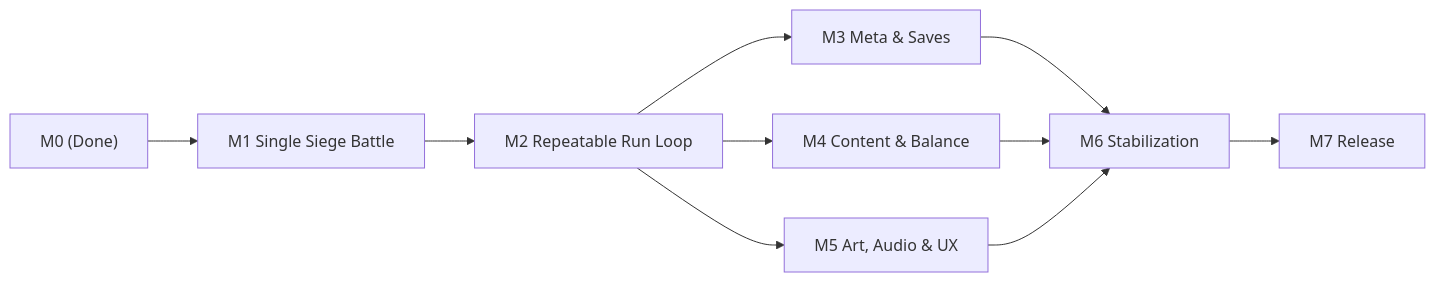
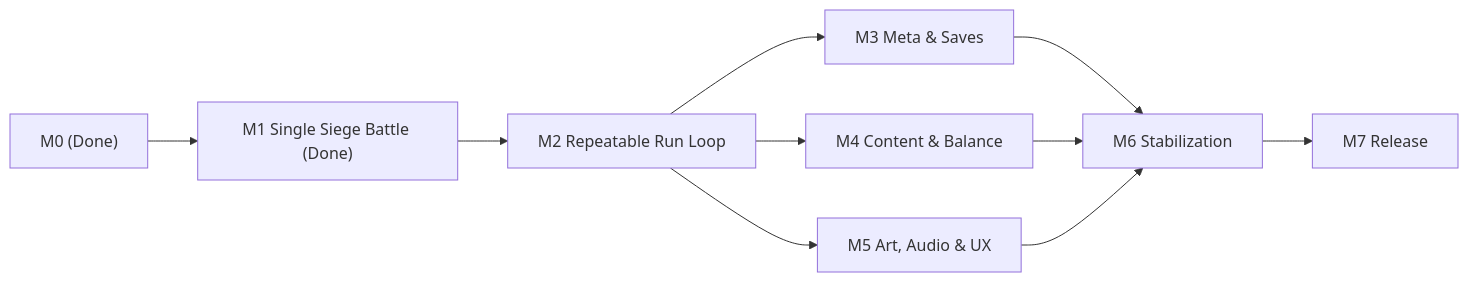
One commit to RiceMonkeyGames/ProjectNeo changed the diagram in Docs/plan/Milestones.md. Above: the diagram before and after it, drawn with Mermaid. The commit also changed other lines of this file and 2 other files, not shown here.

Commit message:
docs: mark M1 Single Siege Battle done

````diff
--- a/Docs/plan/Milestones.md
+++ b/Docs/plan/Milestones.md
@@ -20,11 +20,11 @@
 ```mermaid
 flowchart LR
-    M0["M0 (Done)"] --> M1["M1 Single Siege Battle"] --> M2["M2 Repeatable Run Loop"]
+    M0["M0 (Done)"] --> M1["M1 Single Siege Battle (Done)"] --> M2["M2 Repeatable Run Loop"]
     M2 --> M3["M3 Meta & Saves"]
     M2 --> M4["M4 Content & Balance"]
     M2 --> M5["M5 Art, Audio & UX"]
     M3 --> M6["M6 Stabilization"]
     M4 --> M6
     M5 --> M6
     M6 --> M7["M7 Release"]
 ```
````
